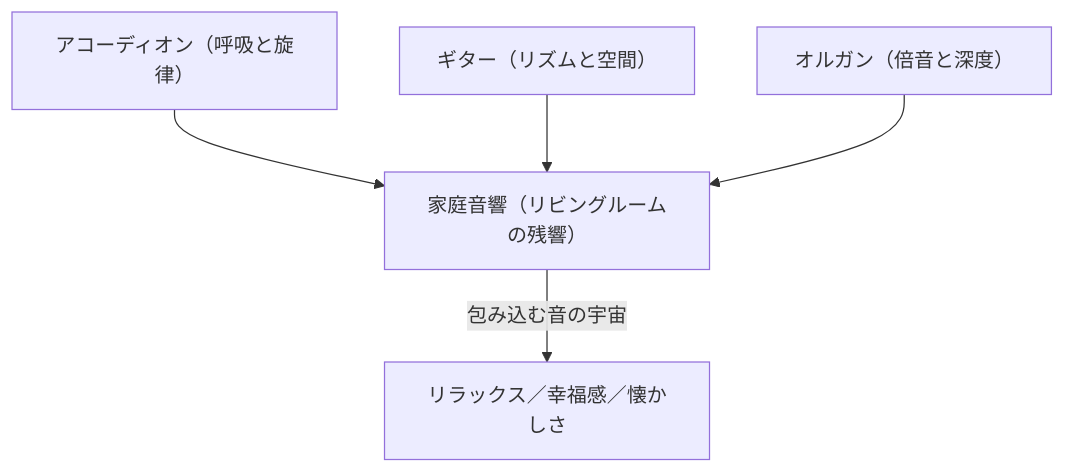
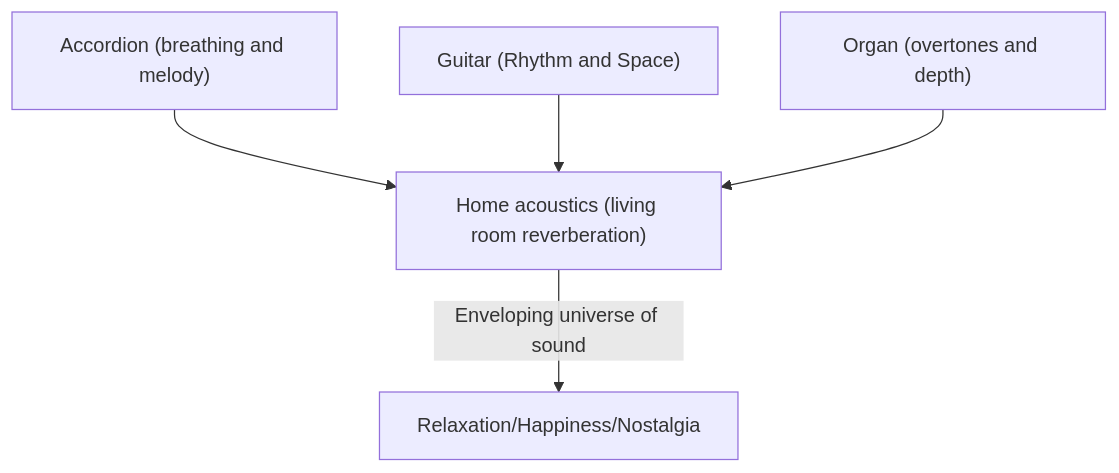
One commit to monumental-movement/monumental-movement.github.io changed the second of 2 diagrams in en/_posts/2025-10-28-column-three-suns.md. Above: the diagram before and after it, drawn with Mermaid. The commit also changed 152 other files, not shown here.

```diff
--- a/en/_posts/2025-10-28-column-three-suns.md
+++ b/en/_posts/2025-10-28-column-three-suns.md
@@ -177,14 +177,14 @@
 <div class="mermaid">
 
 flowchart TD
-    A["アコーディオン（呼吸と旋律）"]
-    B["ギター（リズムと空間）"]
-    C["オルガン（倍音と深度）"]
-    D["家庭音響（リビングルームの残響）"]
+    A["Accordion (breathing and melody)"]
+    B["Guitar (Rhythm and Space)"]
+    C["Organ (overtones and depth)"]
+    D["Home acoustics (living room reverberation)"]
 
     A --> D
     B --> D
     C --> D
-    D -->|"包み込む音の宇宙"| E["リラックス／幸福感／懐かしさ"]
+    D -->|"Enveloping universe of sound"| E["Relaxation/Happiness/Nostalgia"]
 
 </div>
```
